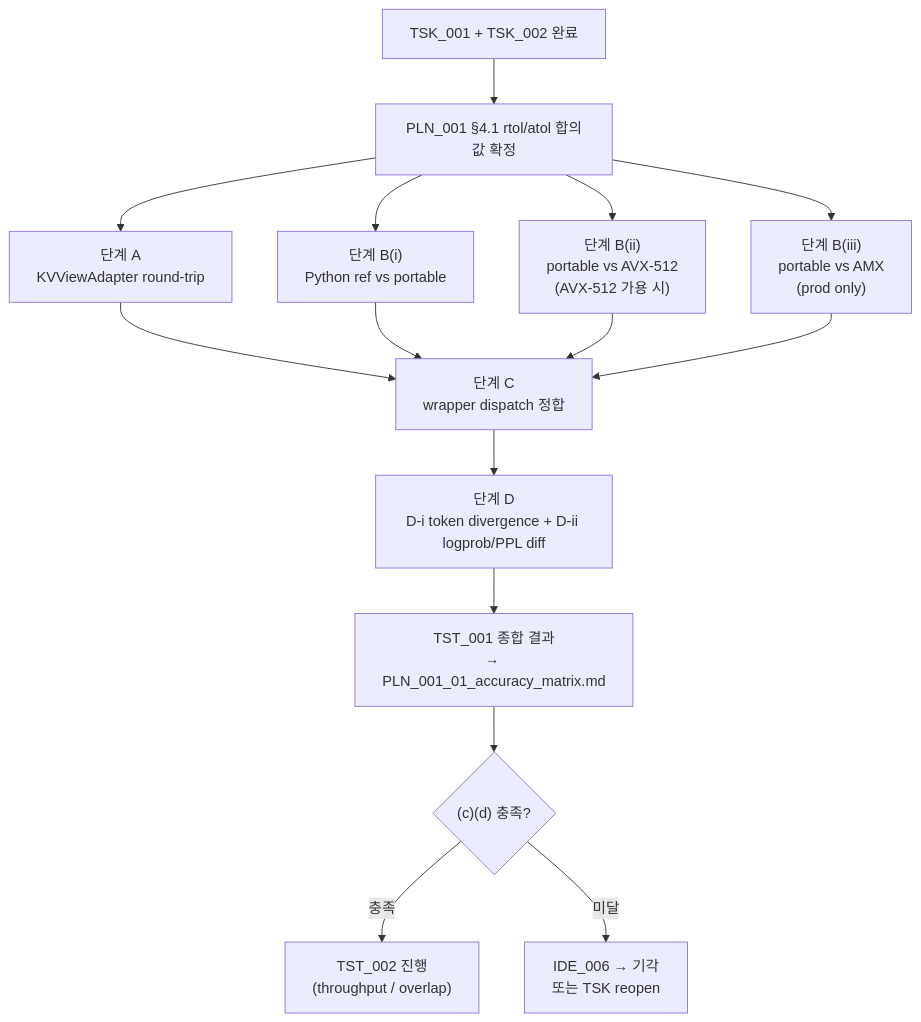
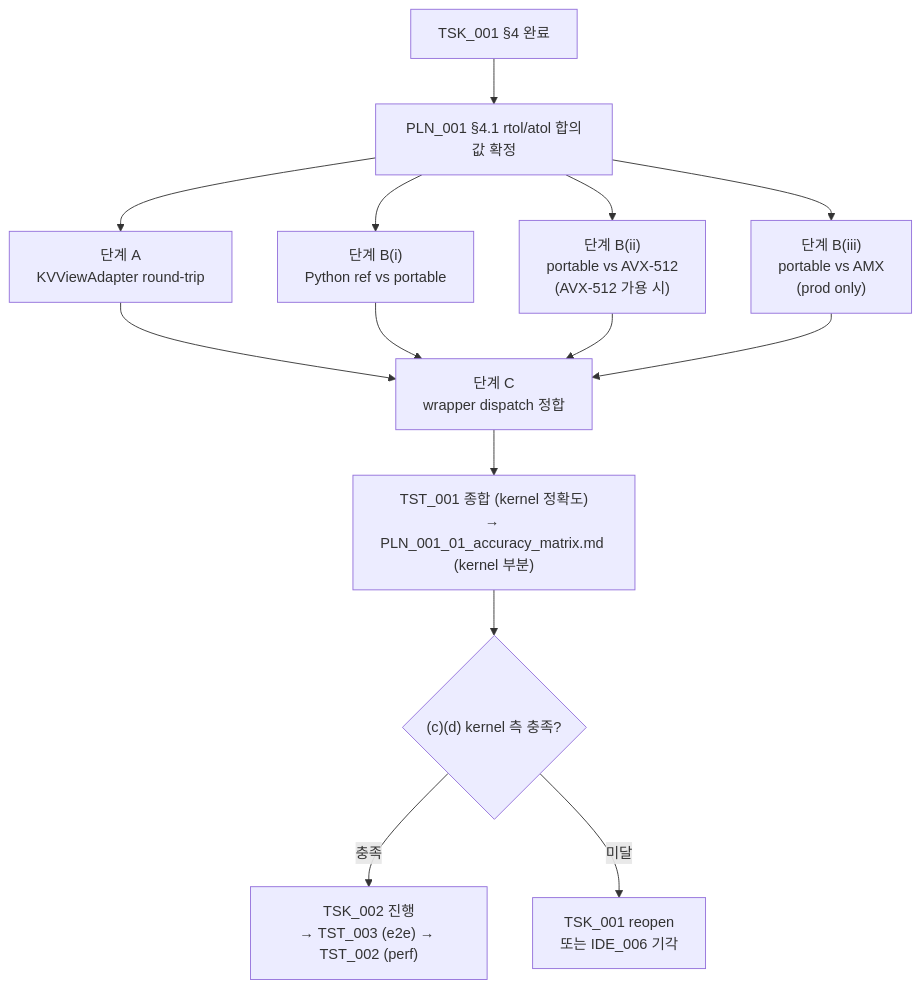
Before and after one commit to mystous/vllm_hybrid: the diagram in shadow_assists/features/IDE_006/TST_001.md, drawn with Mermaid. The commit also changed other lines of this file and 16 other files, not shown here.

First line of the commit message:
feat(IDE_006): TSK_001 Phase 1 dev — Python ref + portable C++ + tests

````diff
--- a/shadow_assists/features/IDE_006/TST_001.md
+++ b/shadow_assists/features/IDE_006/TST_001.md
@@ -299,18 +255,17 @@
 ```mermaid
 flowchart TB
-    DEPS["TSK_001 + TSK_002 완료"]
+    DEPS["TSK_001 §4 완료"]
     DEPS --> CFG["PLN_001 §4.1 rtol/atol 합의값 확정"]
     CFG --> A["단계 A<br/>KVViewAdapter round-trip"]
     CFG --> B1["단계 B(i)<br/>Python ref vs portable"]
     CFG --> B2["단계 B(ii)<br/>portable vs AVX-512<br/>(AVX-512 가용 시)"]
     CFG --> B3["단계 B(iii)<br/>portable vs AMX<br/>(prod only)"]
     A --> C["단계 C<br/>wrapper dispatch 정합"]
     B1 --> C
     B2 --> C
     B3 --> C
-    C --> D["단계 D<br/>D-i token divergence + D-ii logprob/PPL diff"]
-    D --> SUM["TST_001 종합 결과<br/>→ PLN_001_01_accuracy_matrix.md"]
-    SUM --> GATE{"(c)(d) 충족?"}
-    GATE -->|충족| TST2["TST_002 진행<br/>(throughput / overlap)"]
-    GATE -->|미달| REJ["IDE_006 → 기각<br/>또는 TSK reopen"]
+    C --> SUM["TST_001 종합 (kernel 정확도)<br/>→ PLN_001_01_accuracy_matrix.md (kernel 부분)"]
+    SUM --> GATE{"(c)(d) kernel 측 충족?"}
+    GATE -->|충족| NEXT["TSK_002 진행<br/>→ TST_003 (e2e) → TST_002 (perf)"]
+    GATE -->|미달| REJ["TSK_001 reopen<br/>또는 IDE_006 기각"]
 ```
````
